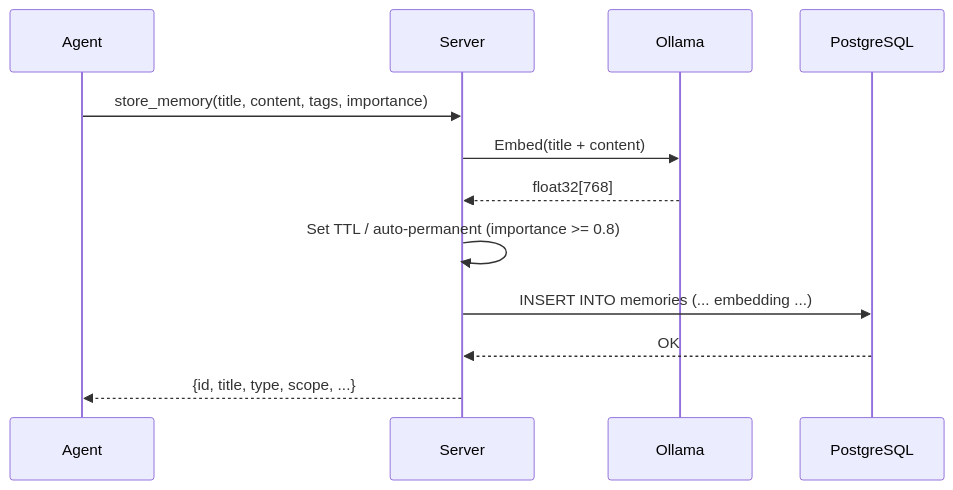
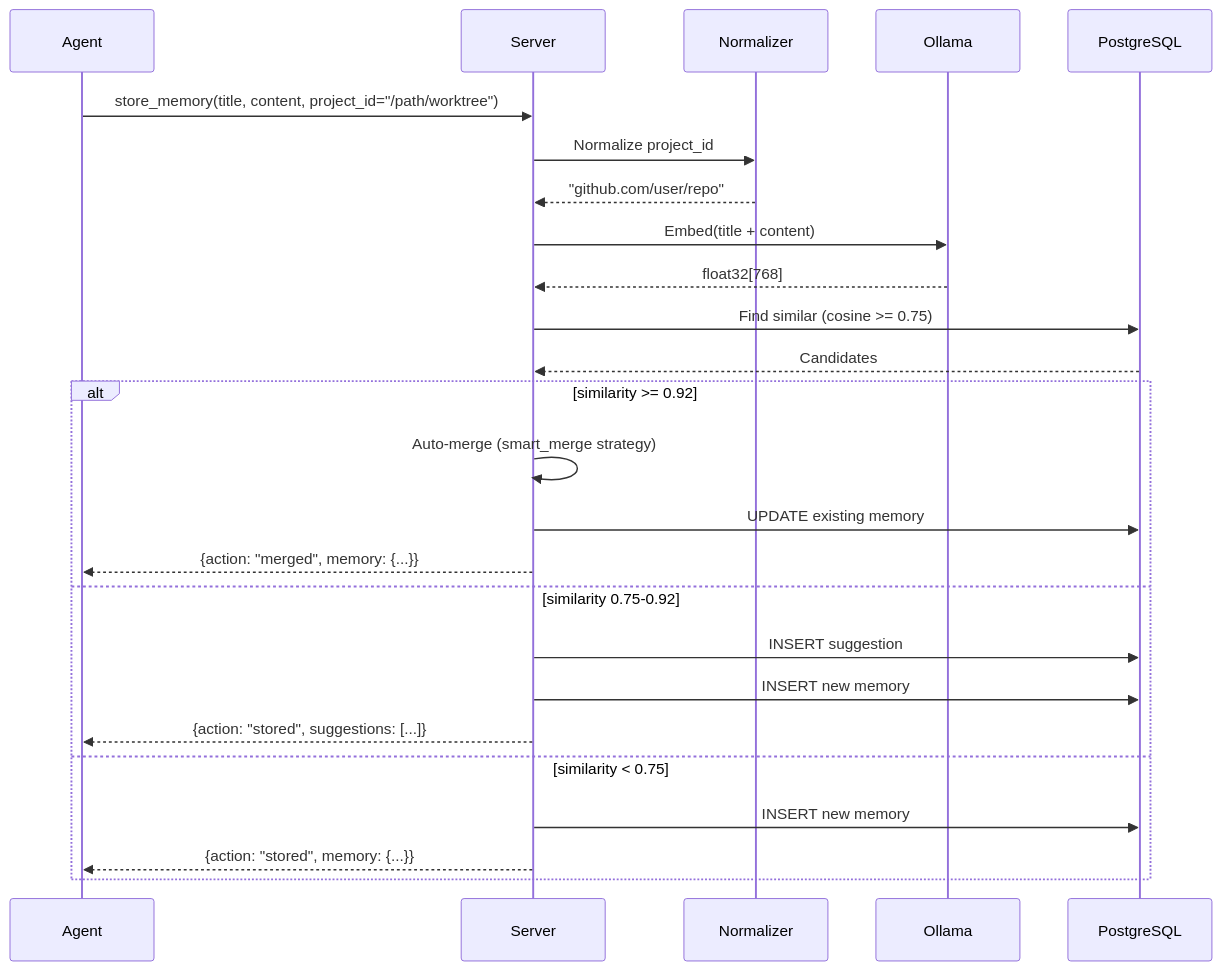
Before and after one commit to atakanatali/contextify: the second of 6 diagrams in ARCHITECTURE.md, drawn with Mermaid. The commit also changed other lines of this file and 28 other files, not shown here.

First line of the commit message:
feat: memory consolidation, smart store dedup, and VCS-agnostic project ID normalization

````diff
--- a/ARCHITECTURE.md
+++ b/ARCHITECTURE.md
@@ -58,15 +67,30 @@
 ```mermaid
 sequenceDiagram
     participant Agent
     participant Server
+    participant Normalizer
     participant Ollama
     participant PostgreSQL
 
-    Agent->>Server: store_memory(title, content, tags, importance)
+    Agent->>Server: store_memory(title, content, project_id="/path/worktree")
+    Server->>Normalizer: Normalize project_id
+    Normalizer-->>Server: "github.com/user/repo"
     Server->>Ollama: Embed(title + content)
     Ollama-->>Server: float32[768]
-    Server->>Server: Set TTL / auto-permanent (importance >= 0.8)
-    Server->>PostgreSQL: INSERT INTO memories (... embedding ...)
-    PostgreSQL-->>Server: OK
-    Server-->>Agent: {id, title, type, scope, ...}
+
+    Server->>PostgreSQL: Find similar (cosine >= 0.75)
+    PostgreSQL-->>Server: Candidates
+
+    alt similarity >= 0.92
+        Server->>Server: Auto-merge (smart_merge strategy)
+        Server->>PostgreSQL: UPDATE existing memory
+        Server-->>Agent: {action: "merged", memory: {...}}
+    else similarity 0.75-0.92
+        Server->>PostgreSQL: INSERT suggestion
+        Server->>PostgreSQL: INSERT new memory
+        Server-->>Agent: {action: "stored", suggestions: [...]}
+    else similarity < 0.75
+        Server->>PostgreSQL: INSERT new memory
+        Server-->>Agent: {action: "stored", memory: {...}}
+    end
 ```
````
